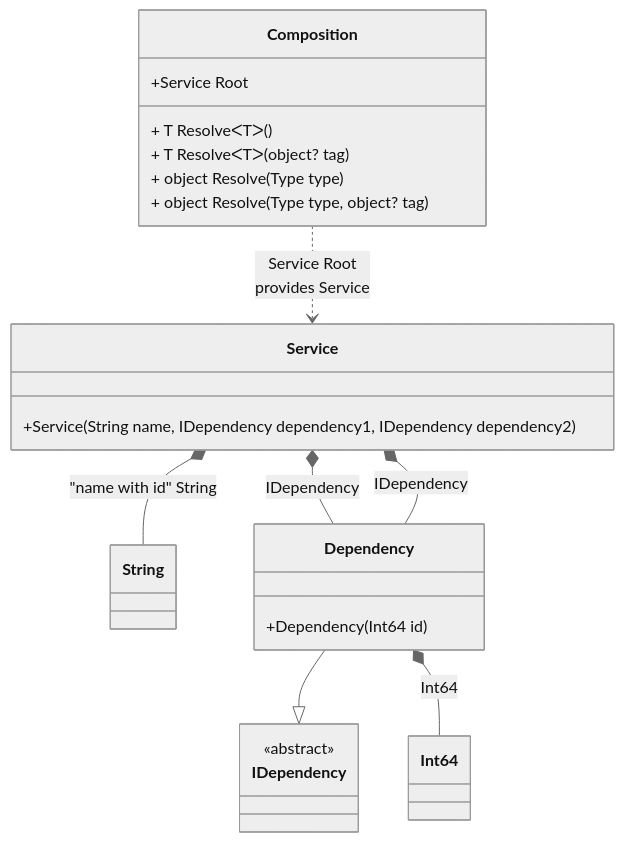
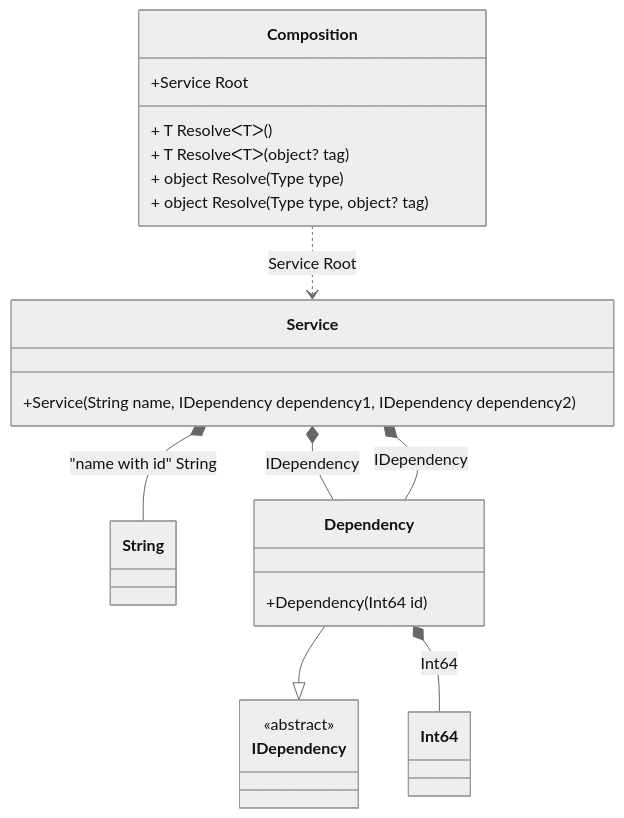
One commit to DevTeam/Pure.DI changed the diagram in readme/partial-class.md. Above: the diagram before and after it, drawn with Mermaid (neutral theme). The commit also changed other lines of this file and 74 other files, not shown here.

````diff
--- a/readme/partial-class.md
+++ b/readme/partial-class.md
@@ -71,27 +71,27 @@
 ```mermaid
 classDiagram
   class Composition {
     +Service Root
     + T ResolveᐸTᐳ()
     + T ResolveᐸTᐳ(object? tag)
     + object Resolve(Type type)
     + object Resolve(Type type, object? tag)
   }
   class Service {
     +Service(String name, IDependency dependency1, IDependency dependency2)
   }
   class Int64
   class String
   Dependency --|> IDependency : 
   class Dependency {
     +Dependency(Int64 id)
   }
   class IDependency {
     <<abstract>>
   }
   Service *--  String : "name with id"  String
   Service *--  Dependency : IDependency
   Service *--  Dependency : IDependency
   Dependency *--  Int64 : Int64
-  Composition ..> Service : Service Root<br/>provides Service
+  Composition ..> Service : Service Root
 ```
````
